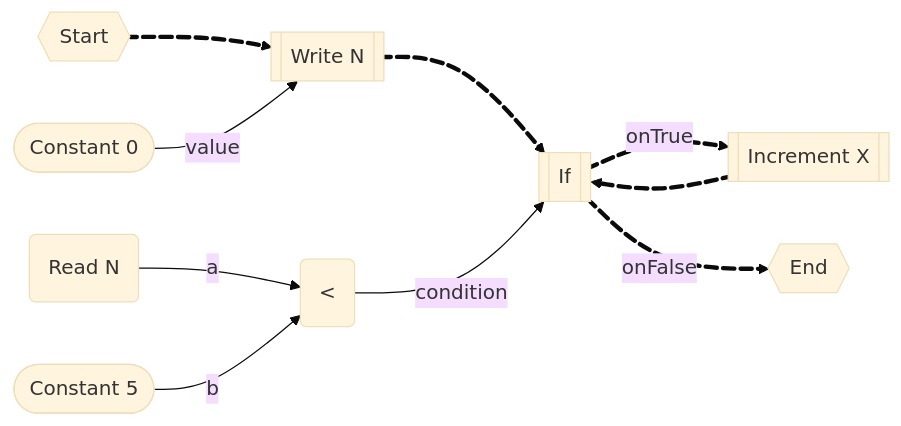
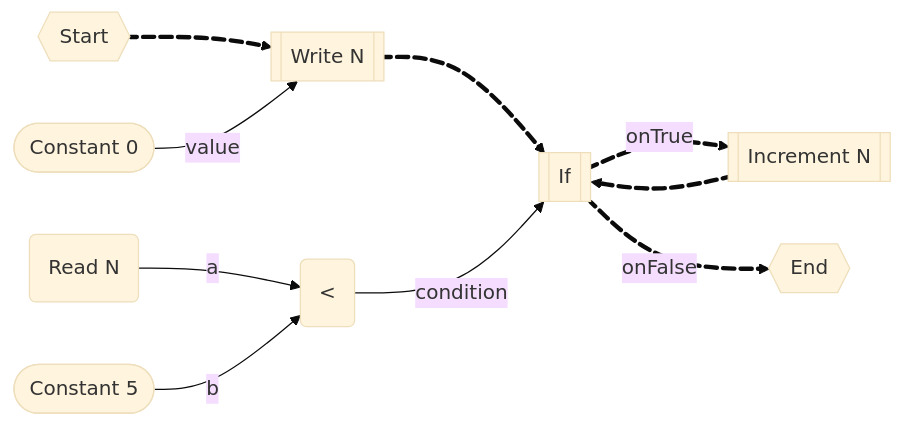
One commit to ColinTimBarndt/resonite-flux-compensator changed the second of 2 diagrams in specification/hir.md. Above: the diagram before and after it, drawn with Mermaid (base theme).

````diff
--- a/specification/hir.md
+++ b/specification/hir.md
@@ -75,29 +75,29 @@
 ```mermaid
 graph LR;
 
 S{{Start}} f1@==> Write0[[Write N]];
 
 Const0([Constant 0]);
 Const0 -->|value| Write0;
 
 Read(Read N);
 Read -->|a| LessThan(<);
 
 Const5([Constant 5]);
 Const5 -->|b| LessThan;
 
 If[[If]];
 Write0 f2@==> If;
 LessThan -->|condition| If;
 
-If f3@==>|onTrue| Inc[[Increment X]]
+If f3@==>|onTrue| Inc[[Increment N]]
 If f4@==>|onFalse| End{{End}}
 
 Inc f5@==> If
 
 f1@{animate: true};
 f2@{animate: true};
 f3@{animate: true};
 f4@{animate: true};
 f5@{animate: true};
 ```
````
